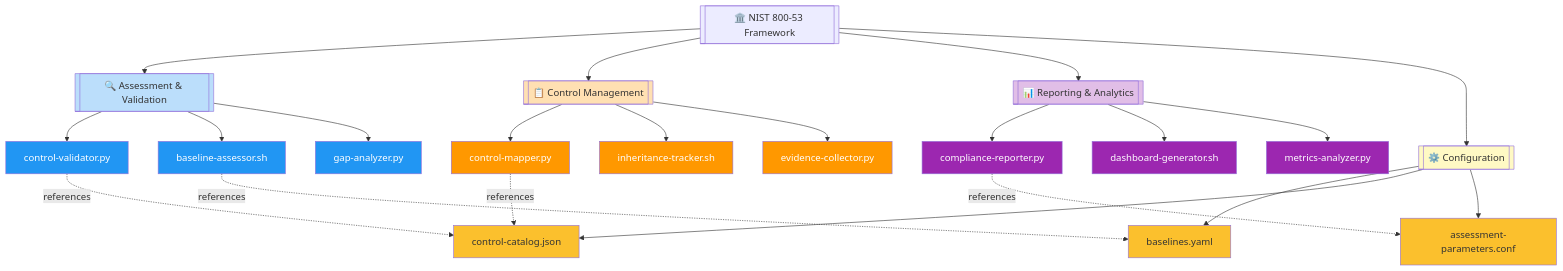
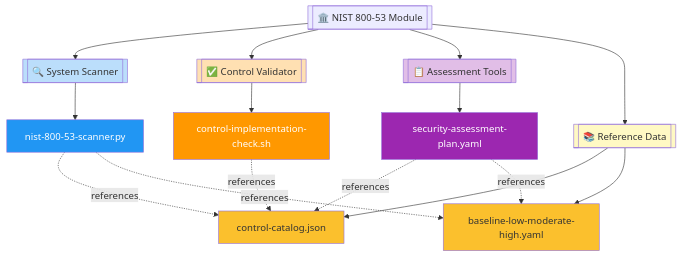
Before and after one commit to Suren-Jewels/Scripts-Toolkit: the first of 4 diagrams in security-compliance/nist-frameworks/nist-800-53/README.md, drawn with Mermaid. The commit also changed other lines of this file, not shown here.

````diff
--- a/security-compliance/nist-frameworks/nist-800-53/README.md
+++ b/security-compliance/nist-frameworks/nist-800-53/README.md
@@ -43,49 +56,36 @@
 ```mermaid
 graph TD
-    Root[[🏛️ NIST 800-53 Framework]]
+    Root[[🏛️ NIST 800-53 Module]]
     
-    Root --> Category1[[🔍 Assessment & Validation]]
-    Root --> Category2[[📋 Control Management]]
-    Root --> Category3[[📊 Reporting & Analytics]]
-    Root --> Category4[[⚙️ Configuration]]
+    Root --> Scanner[[🔍 System Scanner]]
+    Root --> Validator[[✅ Control Validator]]
+    Root --> Assessor[[📋 Assessment Tools]]
+    Root --> Reference[[📚 Reference Data]]
     
-    Category1 --> File1[control-validator.py]
-    Category1 --> File2[baseline-assessor.sh]
-    Category1 --> File3[gap-analyzer.py]
+    Scanner --> File1[nist-800-53-scanner.py]
     
-    Category2 --> File4[control-mapper.py]
-    Category2 --> File5[inheritance-tracker.sh]
-    Category2 --> File6[evidence-collector.py]
+    Validator --> File2[control-implementation-check.sh]
     
-    Category3 --> File7[compliance-reporter.py]
-    Category3 --> File8[dashboard-generator.sh]
-    Category3 --> File9[metrics-analyzer.py]
+    Assessor --> File3[security-assessment-plan.yaml]
     
-    Category4 --> Config1[baselines.yaml]
-    Category4 --> Config2[control-catalog.json]
-    Category4 --> Config3[assessment-parameters.conf]
+    Reference --> Config1[control-catalog.json]
+    Reference --> Config2[baseline-low-moderate-high.yaml]
     
+    File1 -.references.-> Config1
     File1 -.references.-> Config2
     File2 -.references.-> Config1
-    File4 -.references.-> Config2
-    File7 -.references.-> Config3
+    File3 -.references.-> Config1
+    File3 -.references.-> Config2
     
-    style Category1 fill:#BBDEFB
-    style Category2 fill:#FFE0B2
-    style Category3 fill:#E1BEE7
-    style Category4 fill:#FFF9C4
+    style Scanner fill:#BBDEFB
+    style Validator fill:#FFE0B2
+    style Assessor fill:#E1BEE7
+    style Reference fill:#FFF9C4
     
     style File1 fill:#2196F3,color:#fff
-    style File2 fill:#2196F3,color:#fff
-    style File3 fill:#2196F3,color:#fff
-    style File4 fill:#FF9800,color:#fff
-    style File5 fill:#FF9800,color:#fff
-    style File6 fill:#FF9800,color:#fff
-    style File7 fill:#9C27B0,color:#fff
-    style File8 fill:#9C27B0,color:#fff
-    style File9 fill:#9C27B0,color:#fff
+    style File2 fill:#FF9800,color:#fff
+    style File3 fill:#9C27B0,color:#fff
     
     style Config1 fill:#FBC02D
     style Config2 fill:#FBC02D
-    style Config3 fill:#FBC02D
 ```
````
